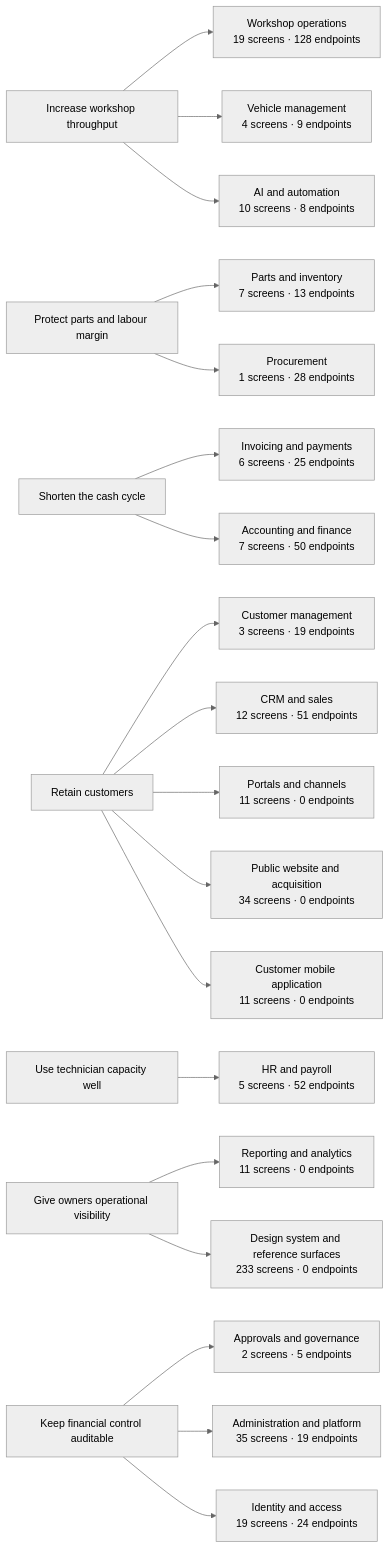
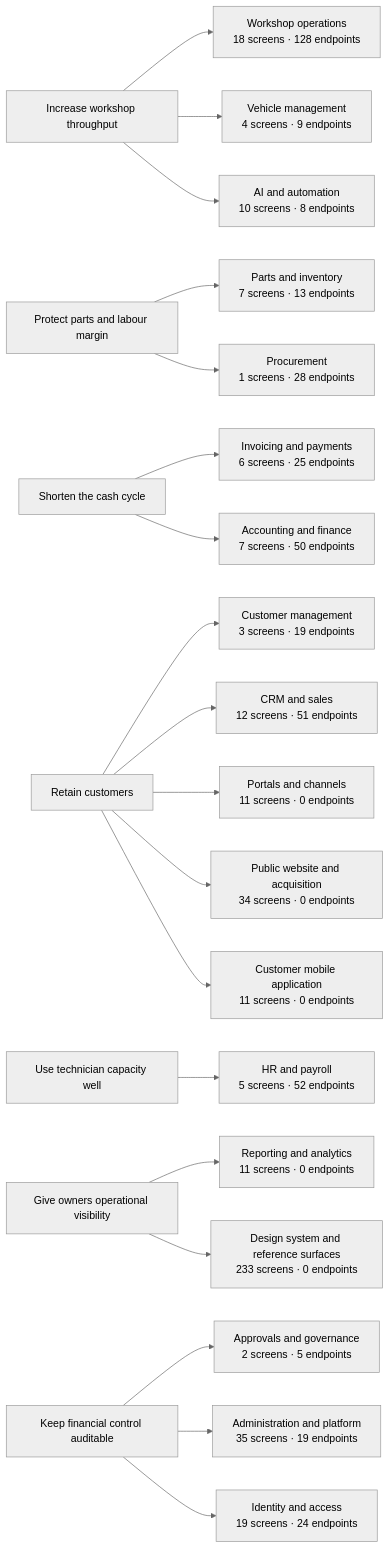
The diagram in docs/07_BUSINESS_ANALYSIS/BUSINESS_CAPABILITY_MAP.md (tazamohd/SlClNe), drawn with Mermaid (neutral theme) before and after one commit. The commit also changed other lines of this file and 19 other files, not shown here.

````diff
--- a/docs/07_BUSINESS_ANALYSIS/BUSINESS_CAPABILITY_MAP.md
+++ b/docs/07_BUSINESS_ANALYSIS/BUSINESS_CAPABILITY_MAP.md
@@ -22,46 +22,46 @@
 ```mermaid
 flowchart LR
   OBJ_THROUGHPUT["Increase workshop throughput"]
   OBJ_MARGIN["Protect parts and labour margin"]
   OBJ_CASH["Shorten the cash cycle"]
   OBJ_RETENTION["Retain customers"]
   OBJ_CAPACITY["Use technician capacity well"]
   OBJ_VISIBILITY["Give owners operational visibility"]
   OBJ_CONTROL["Keep financial control auditable"]
-  CAP_WORKSHOP["Workshop operations<br/>19 screens · 128 endpoints"]
+  CAP_WORKSHOP["Workshop operations<br/>18 screens · 128 endpoints"]
   OBJ_THROUGHPUT --> CAP_WORKSHOP
   CAP_CUSTOMERS["Customer management<br/>3 screens · 19 endpoints"]
   OBJ_RETENTION --> CAP_CUSTOMERS
   CAP_VEHICLES["Vehicle management<br/>4 screens · 9 endpoints"]
   OBJ_THROUGHPUT --> CAP_VEHICLES
   CAP_INVENTORY["Parts and inventory<br/>7 screens · 13 endpoints"]
   OBJ_MARGIN --> CAP_INVENTORY
   CAP_PROCUREMENT["Procurement<br/>1 screens · 28 endpoints"]
   OBJ_MARGIN --> CAP_PROCUREMENT
   CAP_BILLING["Invoicing and payments<br/>6 screens · 25 endpoints"]
   OBJ_CASH --> CAP_BILLING
   CAP_ACCOUNTING["Accounting and finance<br/>7 screens · 50 endpoints"]
   OBJ_CASH --> CAP_ACCOUNTING
   CAP_HR["HR and payroll<br/>5 screens · 52 endpoints"]
   OBJ_CAPACITY --> CAP_HR
   CAP_CRM["CRM and sales<br/>12 screens · 51 endpoints"]
   OBJ_RETENTION --> CAP_CRM
   CAP_REPORTING["Reporting and analytics<br/>11 screens · 0 endpoints"]
   OBJ_VISIBILITY --> CAP_REPORTING
   CAP_GOVERNANCE["Approvals and governance<br/>2 screens · 5 endpoints"]
   OBJ_CONTROL --> CAP_GOVERNANCE
   CAP_PORTALS["Portals and channels<br/>11 screens · 0 endpoints"]
   OBJ_RETENTION --> CAP_PORTALS
   CAP_AI["AI and automation<br/>10 screens · 8 endpoints"]
   OBJ_THROUGHPUT --> CAP_AI
   CAP_PLATFORM["Administration and platform<br/>35 screens · 19 endpoints"]
   OBJ_CONTROL --> CAP_PLATFORM
   CAP_IDENTITY["Identity and access<br/>19 screens · 24 endpoints"]
   OBJ_CONTROL --> CAP_IDENTITY
   CAP_WEBSITE["Public website and acquisition<br/>34 screens · 0 endpoints"]
   OBJ_RETENTION --> CAP_WEBSITE
   CAP_CUSTOMERAPP["Customer mobile application<br/>11 screens · 0 endpoints"]
   OBJ_RETENTION --> CAP_CUSTOMERAPP
   CAP_DESIGNSYSTEM["Design system and reference surfaces<br/>233 screens · 0 endpoints"]
   OBJ_VISIBILITY --> CAP_DESIGNSYSTEM
 ```
````
